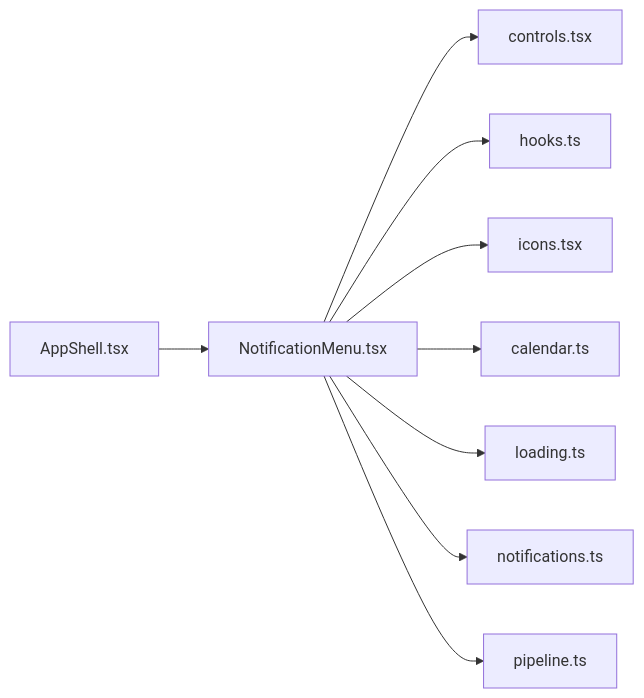
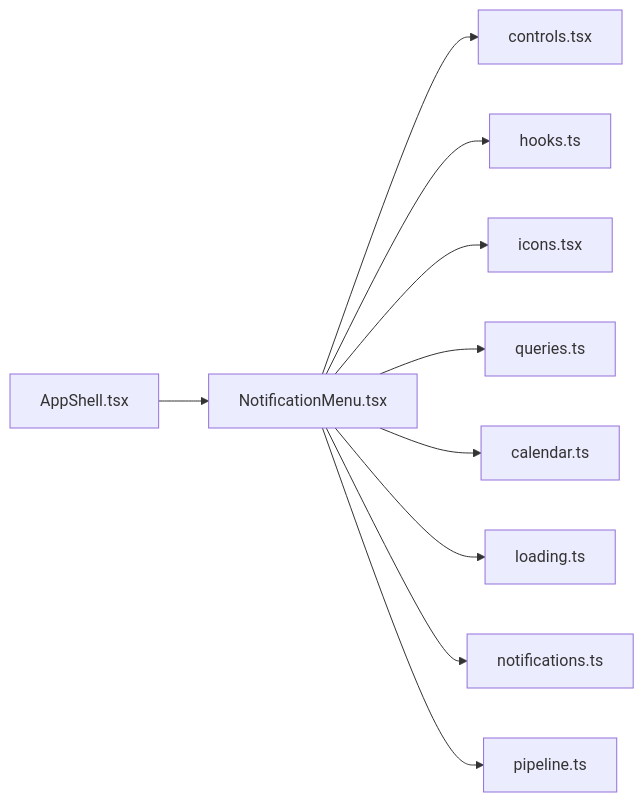
One commit to minkong-dev/Banblit changed the diagram in .cluedoc/graph/frontend/src/components/NotificationMenu.md. Above: the diagram before and after it, drawn with Mermaid. The commit also changed other lines of this file and 41 other files, not shown here.

First line of the commit message:
frontend: keep shared query keys and the team roster query in queries.ts

````diff
--- a/.cluedoc/graph/frontend/src/components/NotificationMenu.md
+++ b/.cluedoc/graph/frontend/src/components/NotificationMenu.md
@@ -10,12 +10,13 @@
 ```mermaid
 flowchart LR
   frontend_src_components_NotificationMenu["NotificationMenu.tsx"]
   frontend_src_components_NotificationMenu --> frontend_src_components_controls["controls.tsx"]
   frontend_src_components_NotificationMenu --> frontend_src_components_hooks["hooks.ts"]
   frontend_src_components_NotificationMenu --> frontend_src_components_icons["icons.tsx"]
+  frontend_src_components_NotificationMenu --> frontend_src_components_queries["queries.ts"]
   frontend_src_components_NotificationMenu --> frontend_src_lib_calendar["calendar.ts"]
   frontend_src_components_NotificationMenu --> frontend_src_lib_loading["loading.ts"]
   frontend_src_components_NotificationMenu --> frontend_src_lib_notifications["notifications.ts"]
   frontend_src_components_NotificationMenu --> frontend_src_lib_pipeline["pipeline.ts"]
   frontend_src_components_AppShell["AppShell.tsx"] --> frontend_src_components_NotificationMenu
 ```
````
